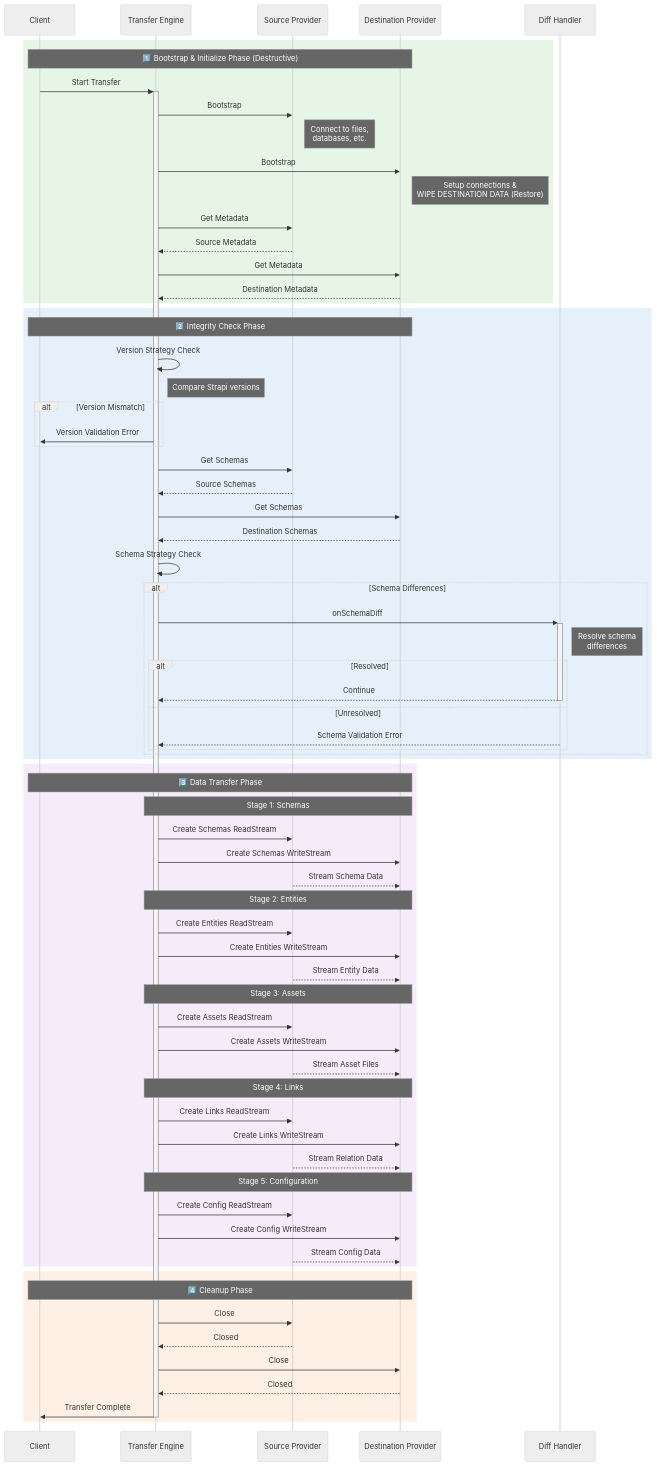
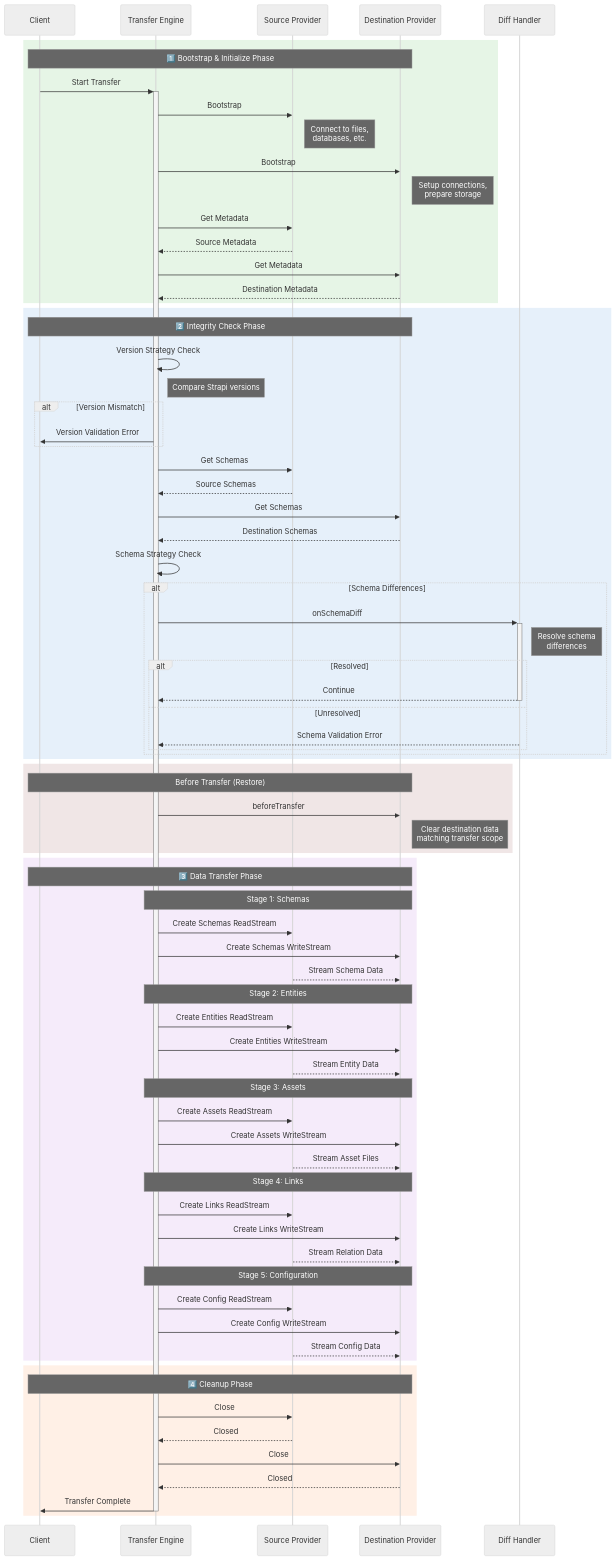
The second of 2 diagrams in docs/docs/docs/01-core/data-transfer/01-engine/01-engine.mdx (strapi/strapi), drawn with Mermaid (neutral theme) before and after one commit. The commit also changed other lines of this file, not shown here.

First line of the commit message:
docs(data-transfer): fix restore wipe timing and scope in engine guide

```diff
--- a/docs/docs/docs/01-core/data-transfer/01-engine/01-engine.mdx
+++ b/docs/docs/docs/01-core/data-transfer/01-engine/01-engine.mdx
@@ -95,12 +95,12 @@
     participant DH as Diff Handler
 
     rect rgb(230, 245, 230)
-        Note over Client,DP: 1️⃣ Bootstrap & Initialize Phase (Destructive)
+        Note over Client,DP: 1️⃣ Bootstrap & Initialize Phase
         Client->>+TE: Start Transfer
         TE->>SP: Bootstrap
         Note right of SP: Connect to files,<br/>databases, etc.
         TE->>DP: Bootstrap
-        Note right of DP: Setup connections &<br/>WIPE DESTINATION DATA (Restore)
+        Note right of DP: Setup connections,<br/>prepare storage
         TE->>SP: Get Metadata
         SP-->>TE: Source Metadata
         TE->>DP: Get Metadata
@@ -128,6 +128,12 @@
                 DH-->>TE: Schema Validation Error
             end
         end
+    end
+
+    rect rgb(240, 230, 230)
+        Note over Client,DP: Before Transfer (Restore)
+        TE->>DP: beforeTransfer
+        Note right of DP: Clear destination data<br/>matching transfer scope
     end
 
     rect rgb(245, 235, 250)
```
